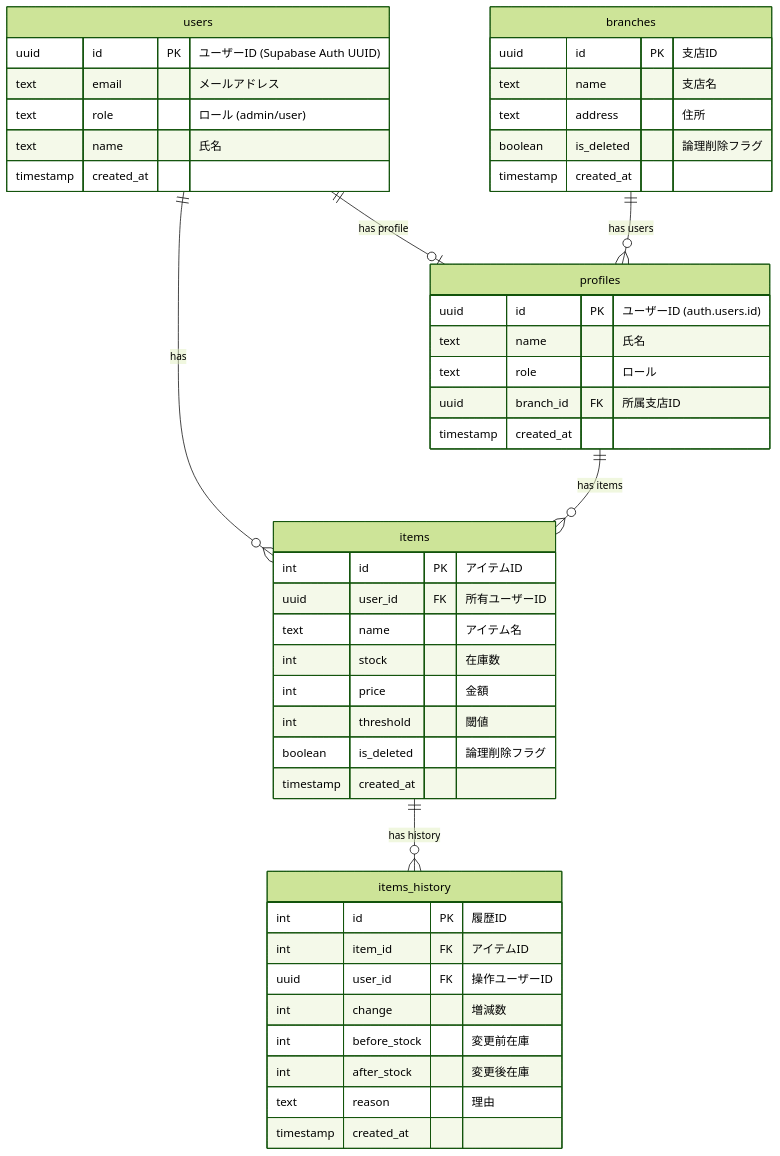
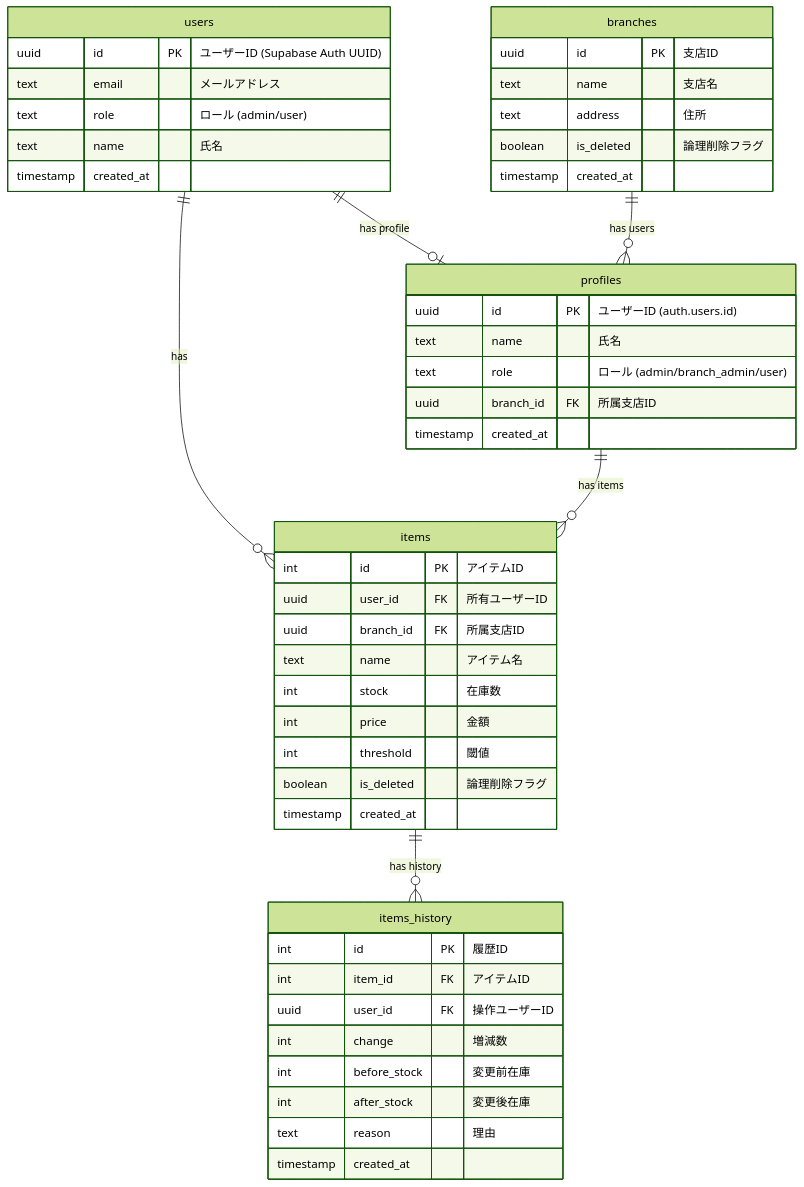
Before and after one commit to hitodeman/every_item_mng: the diagram in context/architect/db-er.md, drawn with Mermaid (forest theme). The commit also changed other lines of this file and 17 other files, not shown here.

````diff
--- a/context/architect/db-er.md
+++ b/context/architect/db-er.md
@@ -5,55 +5,56 @@
 ```mermaid
 erDiagram
   users {
     uuid id PK "ユーザーID (Supabase Auth UUID)"
     text email "メールアドレス"
     text role "ロール (admin/user)"
     text name "氏名"
     timestamp created_at
   }
 
   branches {
     uuid id PK "支店ID"
     text name "支店名"
     text address "住所"
     boolean is_deleted "論理削除フラグ"
     timestamp created_at
   }
 
   profiles {
     uuid id PK "ユーザーID (auth.users.id)"
     text name "氏名"
-    text role "ロール"
+    text role "ロール (admin/branch_admin/user)"
     uuid branch_id FK "所属支店ID"
     timestamp created_at
   }
 
 
   items {
     int id PK "アイテムID"
     uuid user_id FK "所有ユーザーID"
+    uuid branch_id FK "所属支店ID"
     text name "アイテム名"
     int stock "在庫数"
     int price "金額"
     int threshold "閾値"
     boolean is_deleted "論理削除フラグ"
     timestamp created_at
   }
 
   items_history {
     int id PK "履歴ID"
     int item_id FK "アイテムID"
     uuid user_id FK "操作ユーザーID"
     int change "増減数"
     int before_stock "変更前在庫"
     int after_stock "変更後在庫"
     text reason "理由"
     timestamp created_at
   }
 
   users ||--o{ items : "has"
   users ||--o| profiles : "has profile"
   branches ||--o{ profiles : "has users"
   profiles ||--o{ items : "has items"
   items ||--o{ items_history : "has history"
 ```
````
